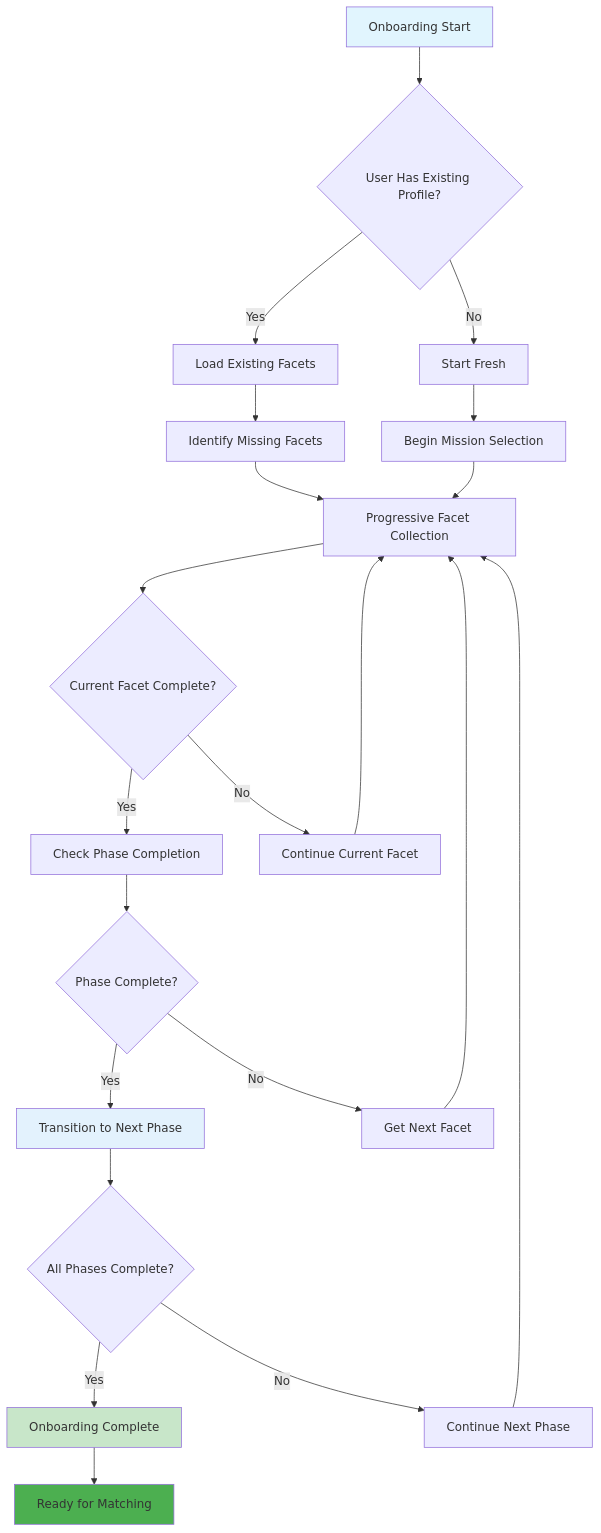
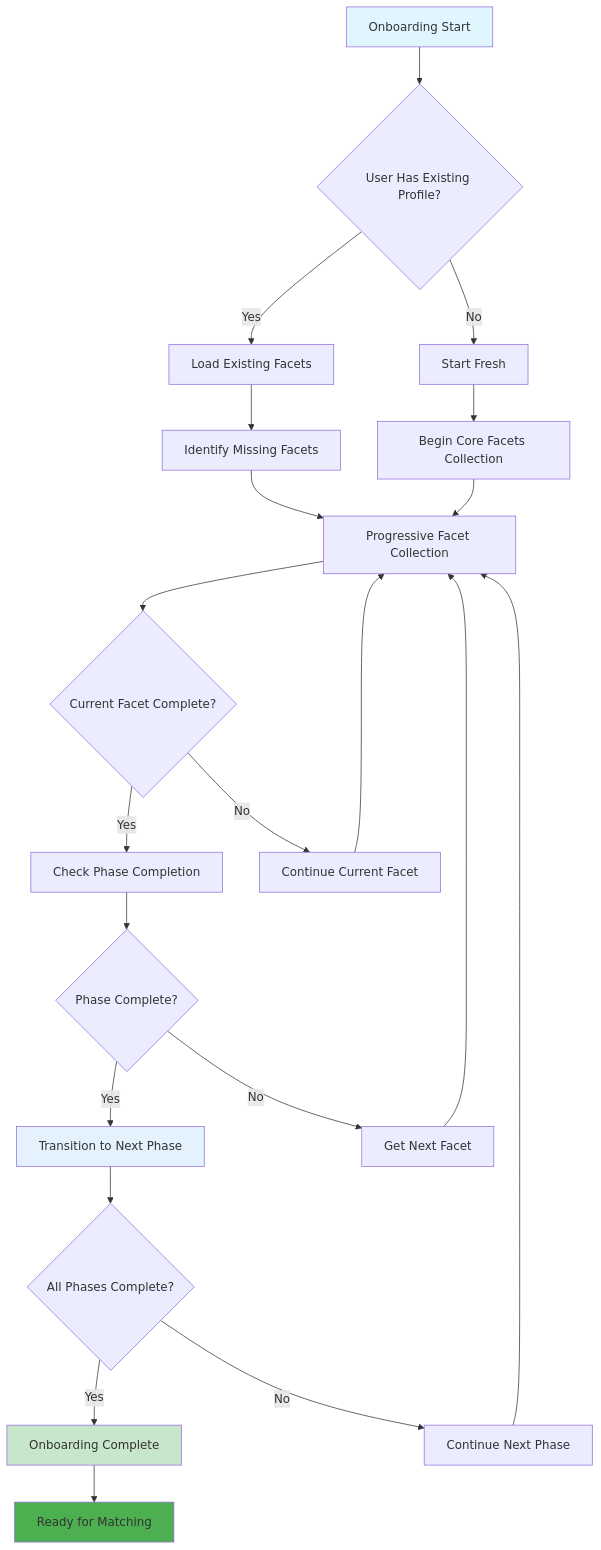
One commit to bilalAIDeveloper/new-feat-test changed the eighth of 9 diagrams in README.md. Above: the diagram before and after it, drawn with Mermaid. The commit also changed other lines of this file, not shown here.

````diff
--- a/README.md
+++ b/README.md
@@ -259,27 +190,27 @@
 ```mermaid
 graph TD
     A[Onboarding Start] --> B{User Has Existing Profile?}
     B -->|Yes| C[Load Existing Facets]
     B -->|No| D[Start Fresh]
     C --> E[Identify Missing Facets]
-    D --> F[Begin Mission Selection]
+    D --> F[Begin Core Facets Collection]
     E --> G[Progressive Facet Collection]
     F --> G
     G --> H{Current Facet Complete?}
     H -->|Yes| I[Check Phase Completion]
     H -->|No| J[Continue Current Facet]
     I --> K{Phase Complete?}
     K -->|Yes| L[Transition to Next Phase]
     K -->|No| M[Get Next Facet]
     L --> N{All Phases Complete?}
     N -->|Yes| O[Onboarding Complete]
     N -->|No| P[Continue Next Phase]
     O --> Q[Ready for Matching]
     J --> G
     M --> G
     P --> G
     style A fill:#e1f5fe
     style Q fill:#4caf50
     style L fill:#e3f2fd
     style O fill:#c8e6c9
 ```
````
